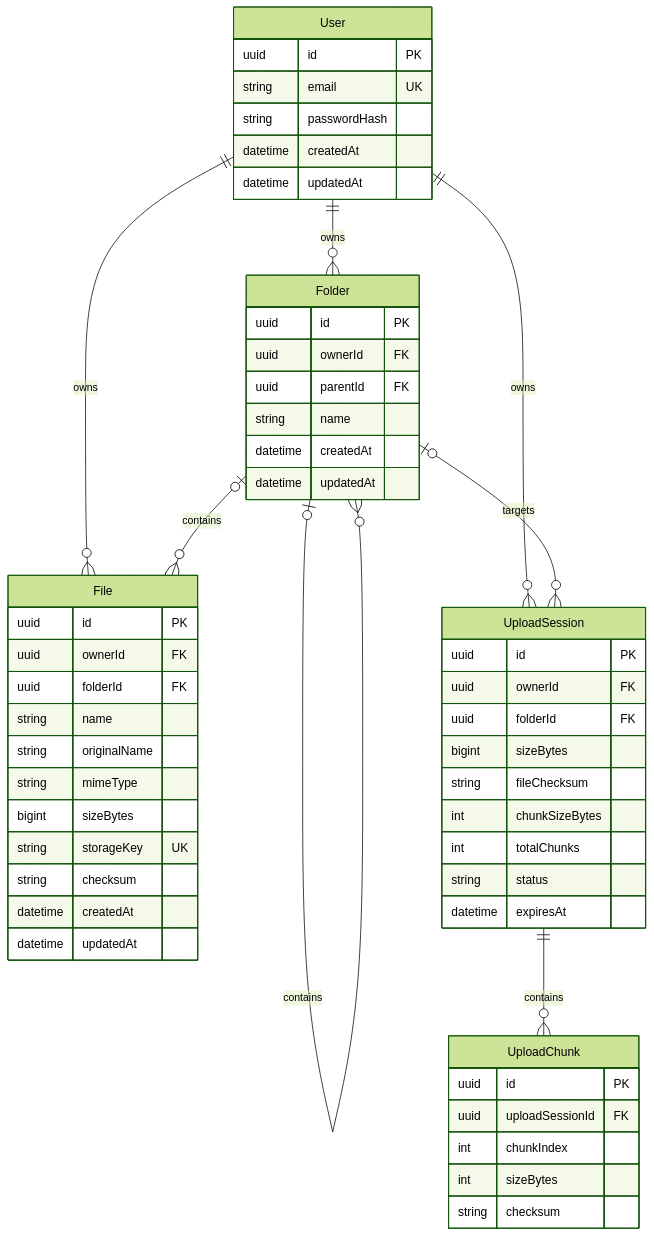
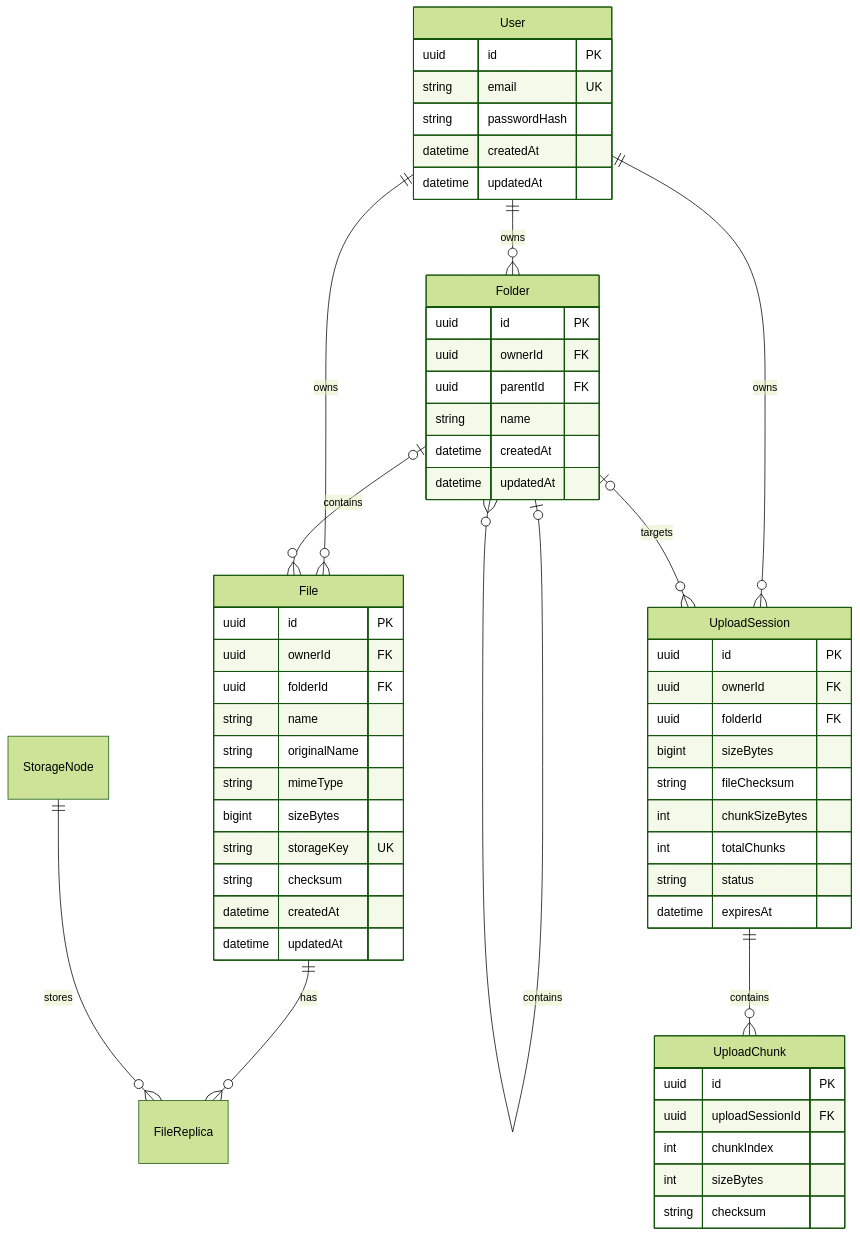
Before and after one commit to LutaoZheng/DepotDrive: the second of 2 diagrams in README.md, drawn with Mermaid (forest theme). The commit also changed other lines of this file and 34 other files, not shown here.

````diff
--- a/README.md
+++ b/README.md
@@ -38,61 +47,63 @@
 ```mermaid
 erDiagram
   User ||--o{ Folder : owns
   User ||--o{ File : owns
   User ||--o{ UploadSession : owns
   Folder o|--o{ Folder : contains
   Folder o|--o{ File : contains
   Folder o|--o{ UploadSession : targets
   UploadSession ||--o{ UploadChunk : contains
+  File ||--o{ FileReplica : has
+  StorageNode ||--o{ FileReplica : stores
 
   User {
     uuid id PK
     string email UK
     string passwordHash
     datetime createdAt
     datetime updatedAt
   }
 
   Folder {
     uuid id PK
     uuid ownerId FK
     uuid parentId FK
     string name
     datetime createdAt
     datetime updatedAt
   }
 
   File {
     uuid id PK
     uuid ownerId FK
     uuid folderId FK
     string name
     string originalName
     string mimeType
     bigint sizeBytes
     string storageKey UK
     string checksum
     datetime createdAt
     datetime updatedAt
   }
 
   UploadSession {
     uuid id PK
     uuid ownerId FK
     uuid folderId FK
     bigint sizeBytes
     string fileChecksum
     int chunkSizeBytes
     int totalChunks
     string status
     datetime expiresAt
   }
 
   UploadChunk {
     uuid id PK
     uuid uploadSessionId FK
     int chunkIndex
     int sizeBytes
     string checksum
   }
 ```
````
